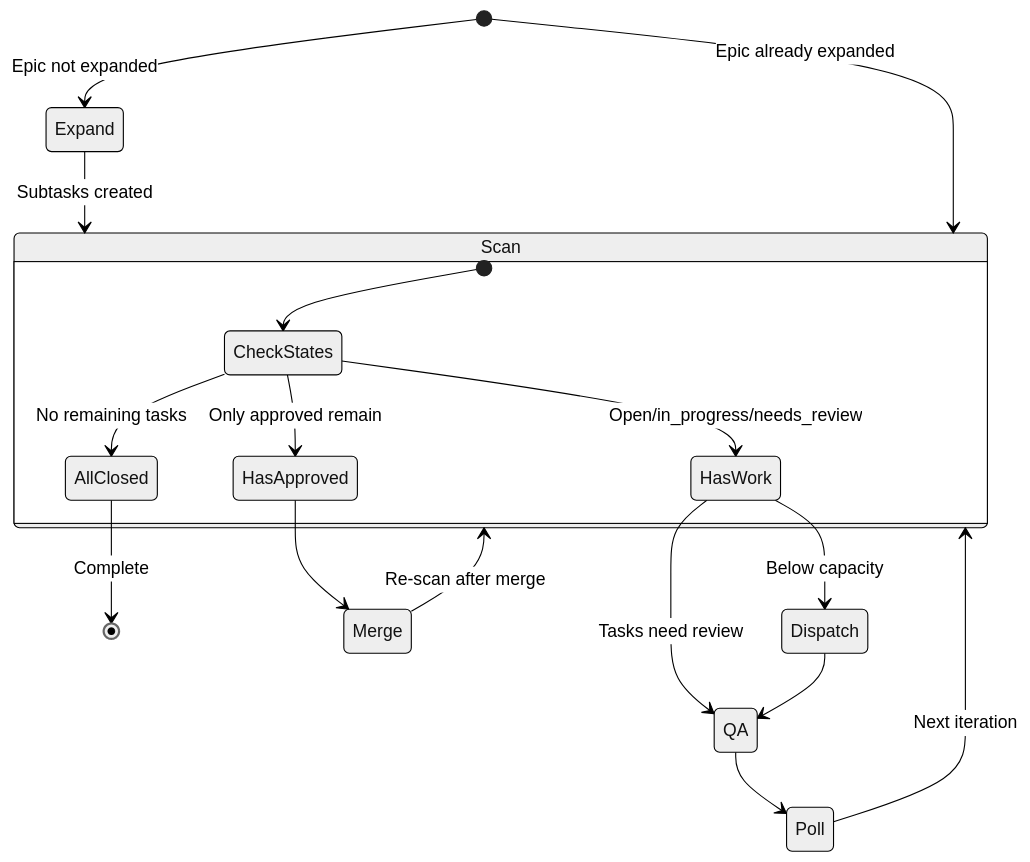
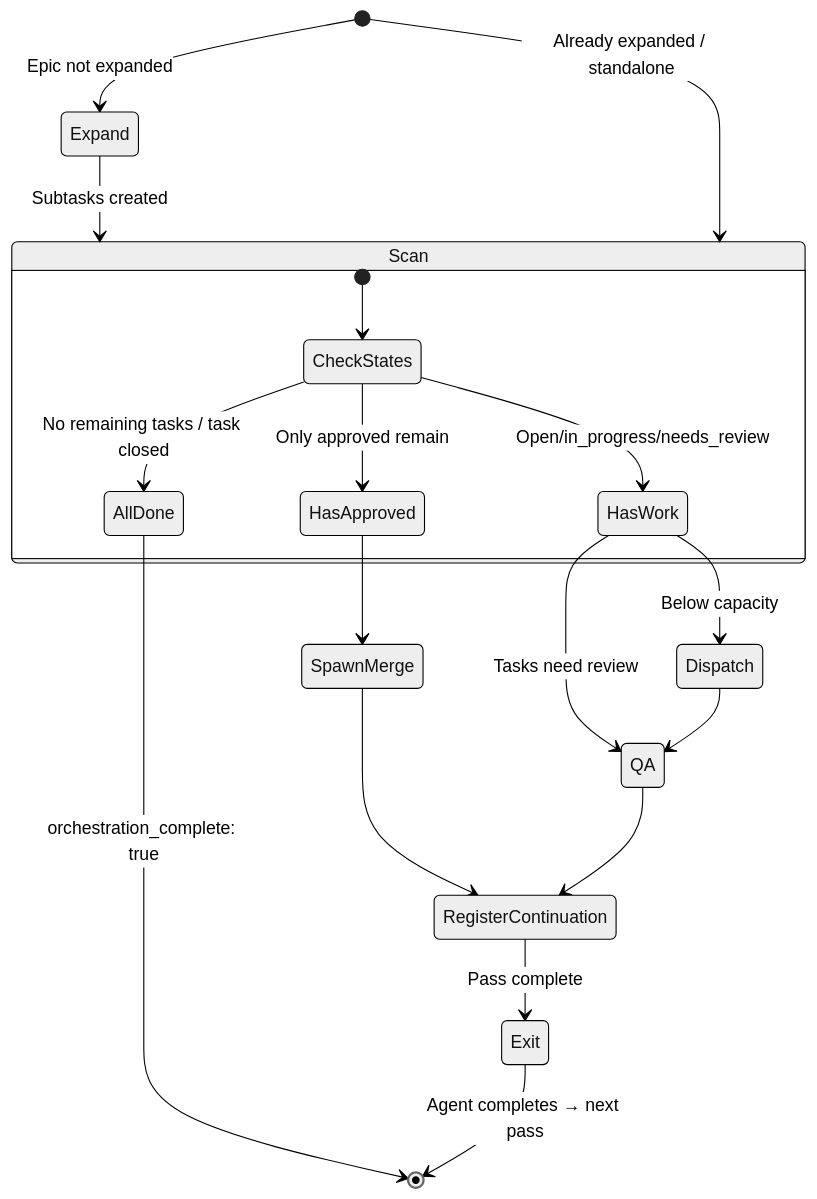
One commit to Zeeeepa/gobby changed the third of 3 diagrams in docs/guides/orchestrator.md. Above: the diagram before and after it, drawn with Mermaid (neutral theme). The commit also changed other lines of this file and 13 other files, not shown here.

````diff
--- a/docs/guides/orchestrator.md
+++ b/docs/guides/orchestrator.md
@@ -269,25 +307,26 @@
 ```mermaid
 stateDiagram-v2
     [*] --> Expand: Epic not expanded
     Expand --> Scan: Subtasks created
 
-    [*] --> Scan: Epic already expanded
+    [*] --> Scan: Already expanded / standalone
 
     state Scan {
         [*] --> CheckStates
-        CheckStates --> AllClosed: No remaining tasks
+        CheckStates --> AllDone: No remaining tasks / task closed
         CheckStates --> HasApproved: Only approved remain
         CheckStates --> HasWork: Open/in_progress/needs_review
     }
 
-    AllClosed --> [*]: Complete
+    AllDone --> [*]: orchestration_complete: true
 
-    HasApproved --> Merge
-    Merge --> Scan: Re-scan after merge
+    HasApproved --> SpawnMerge
+    SpawnMerge --> RegisterContinuation
 
     HasWork --> Dispatch: Below capacity
     HasWork --> QA: Tasks need review
     Dispatch --> QA
-    QA --> Poll
-    Poll --> Scan: Next iteration
+    QA --> RegisterContinuation
+    RegisterContinuation --> Exit: Pass complete
+    Exit --> [*]: Agent completes → next pass
 ```
````
